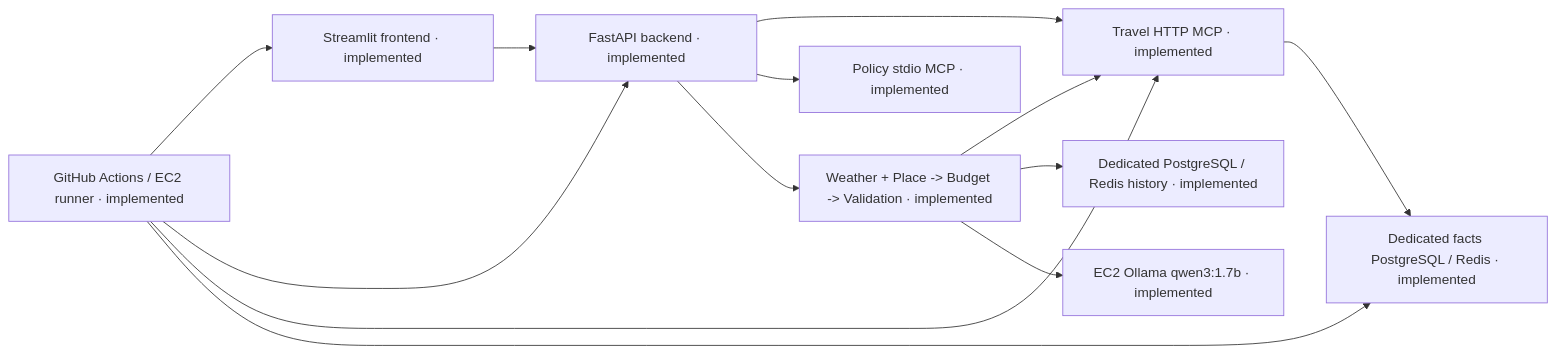
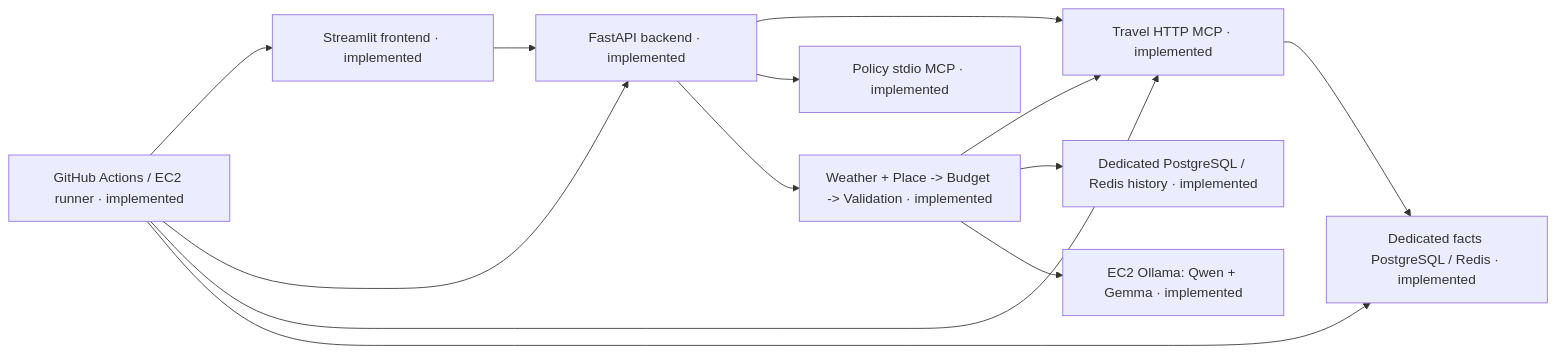
One commit to Lui02372/mini_agent_03_mcp changed the diagram in docs/codevisualization/architecture.mmd. Above: the diagram before and after it, drawn with Mermaid. The commit also changed 19 other files, not shown here.

Commit message:
Run Qwen and Gemma on EC2 with detailed budgets and safe data status

```diff
--- a/docs/codevisualization/architecture.mmd
+++ b/docs/codevisualization/architecture.mmd
@@ -1,22 +1,22 @@
 flowchart LR
  a0["Streamlit frontend · implemented"]
  a1["FastAPI backend · implemented"]
  a2["Travel HTTP MCP · implemented"]
  a3["Policy stdio MCP · implemented"]
  a4["GitHub Actions / EC2 runner · implemented"]
  a5["Dedicated facts PostgreSQL / Redis · implemented"]
  a6["Weather + Place -> Budget -> Validation · implemented"]
  a7["Dedicated PostgreSQL / Redis history · implemented"]
- a8["EC2 Ollama qwen3:1.7b · implemented"]
+ a8["EC2 Ollama: Qwen + Gemma · implemented"]
  a0 --> a1
  a1 --> a2
  a1 --> a3
  a4 --> a0
  a4 --> a1
  a4 --> a2
  a4 --> a5
  a1 --> a6
  a6 --> a2
  a2 --> a5
  a6 --> a7
  a6 --> a8
```
